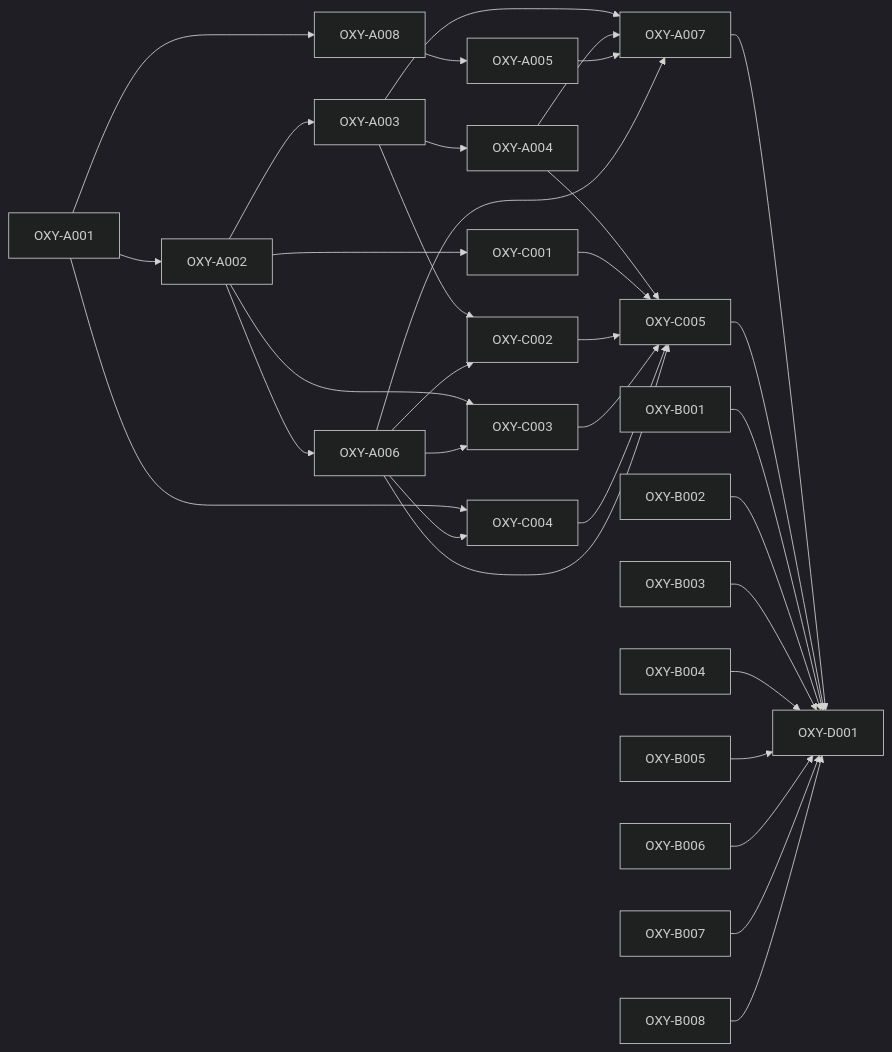
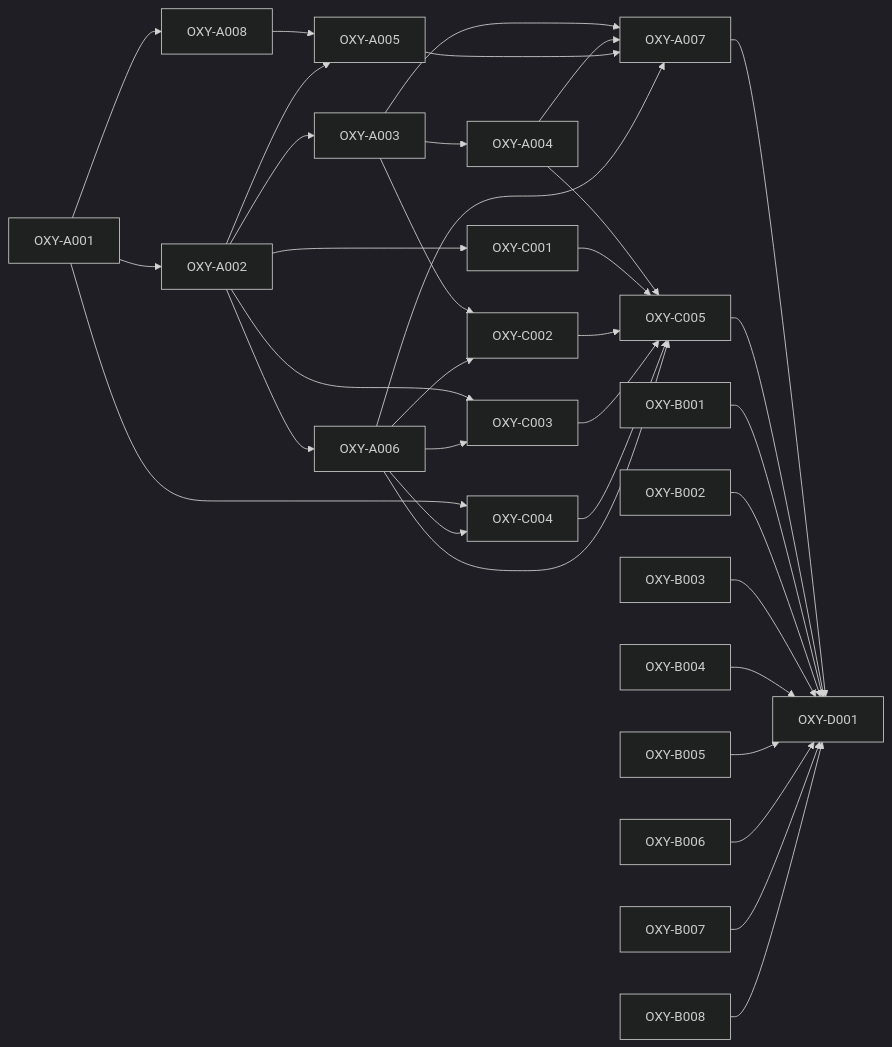
One commit to SkrOYC/oxyflut changed the diagram in .constitution/tasks/critical-path.md. Above: the diagram before and after it, drawn with Mermaid (dark theme). The commit also changed other lines of this file and 14 other files, not shown here.

````diff
--- a/.constitution/tasks/critical-path.md
+++ b/.constitution/tasks/critical-path.md
@@ -24,36 +24,37 @@
 ```mermaid
 flowchart LR
     A001[OXY-A001] --> A002[OXY-A002]
     A001 --> A008[OXY-A008]
     A008 --> A005[OXY-A005]
     A002 --> A003[OXY-A003]
+    A002 --> A005
     A002 --> A006[OXY-A006]
     A002 --> C001[OXY-C001]
     A003 --> A004[OXY-A004]
     A003 --> A007[OXY-A007]
     A003 --> C002[OXY-C002]
     A004 --> A007
     A004 --> C005[OXY-C005]
     A005 --> A007
     A006 --> A007
     A006 --> C002
     A002 --> C003[OXY-C003]
     A006 --> C003
     A001 --> C004[OXY-C004]
     A006 --> C004
     C001 --> C005
     C002 --> C005
     C003 --> C005
     C004 --> C005
     A006 --> C005
     A007 --> D001[OXY-D001]
     C005 --> D001
     B001[OXY-B001] --> D001
     B002[OXY-B002] --> D001
     B003[OXY-B003] --> D001
     B004[OXY-B004] --> D001
     B005[OXY-B005] --> D001
     B006[OXY-B006] --> D001
     B007[OXY-B007] --> D001
     B008[OXY-B008] --> D001
 ```
````
